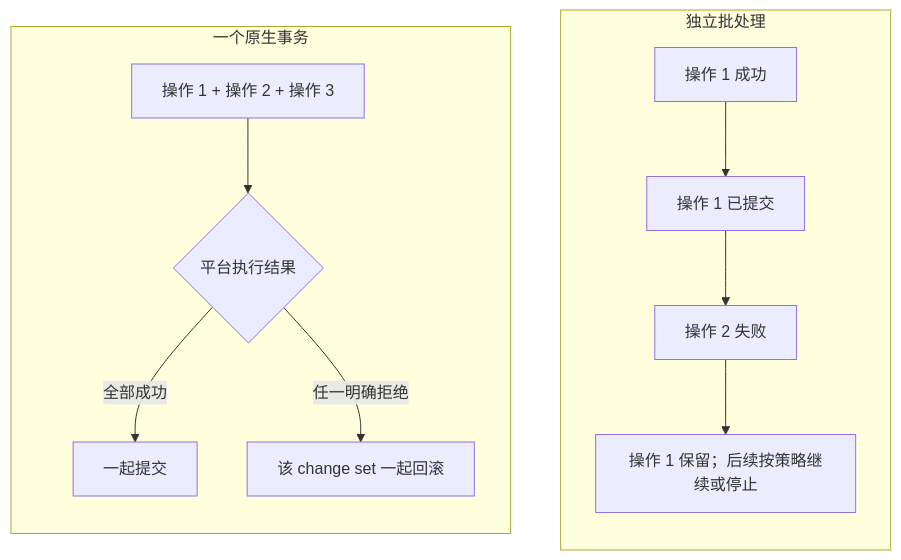
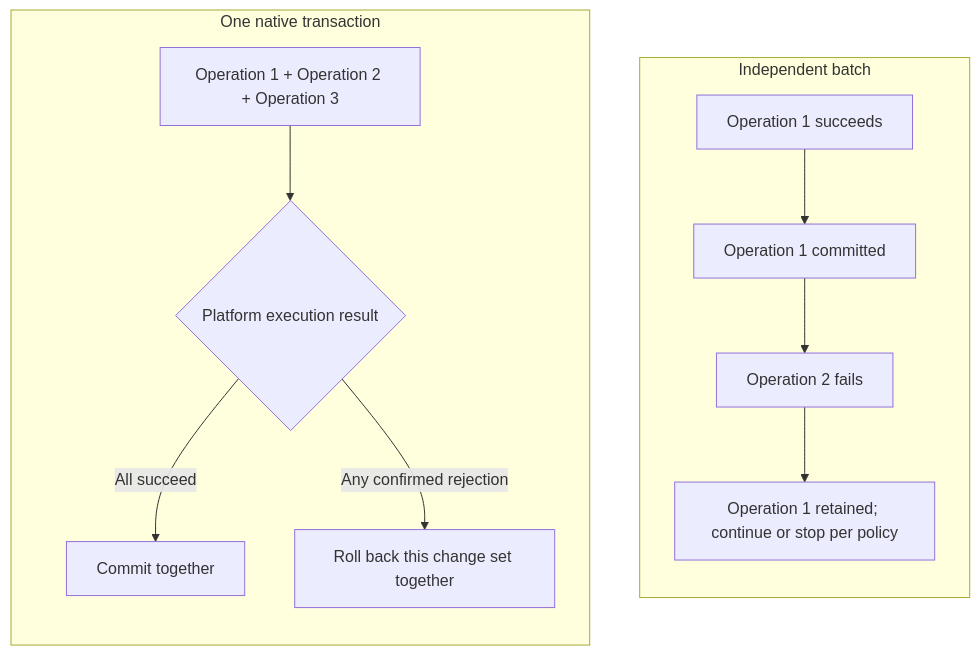
One commit to Kenny-666/Dynamics365-mcp-server changed the fourth of 5 diagrams in README.md. Above: the diagram before and after it, drawn with Mermaid. The commit also changed other lines of this file and 11 other files, not shown here.

````diff
--- a/README.md
+++ b/README.md
@@ -344,15 +344,15 @@
 ```mermaid
 flowchart TB
-    subgraph Batch["独立批处理"]
+    subgraph Batch["Independent batch"]
         direction TB
-        B1["操作 1 成功"] --> B2["操作 1 已提交"]
-        B2 --> B3["操作 2 失败"]
-        B3 --> B4["操作 1 保留；后续按策略继续或停止"]
+        B1["Operation 1 succeeds"] --> B2["Operation 1 committed"]
+        B2 --> B3["Operation 2 fails"]
+        B3 --> B4["Operation 1 retained; continue or stop per policy"]
     end
-    subgraph Transaction["一个原生事务"]
+    subgraph Transaction["One native transaction"]
         direction TB
-        T1["操作 1 + 操作 2 + 操作 3"] --> T2{"平台执行结果"}
-        T2 -->|"全部成功"| T3["一起提交"]
-        T2 -->|"任一明确拒绝"| T4["该 change set 一起回滚"]
+        T1["Operation 1 + Operation 2 + Operation 3"] --> T2{"Platform execution result"}
+        T2 -->|"All succeed"| T3["Commit together"]
+        T2 -->|"Any confirmed rejection"| T4["Roll back this change set together"]
     end
 ```
````
